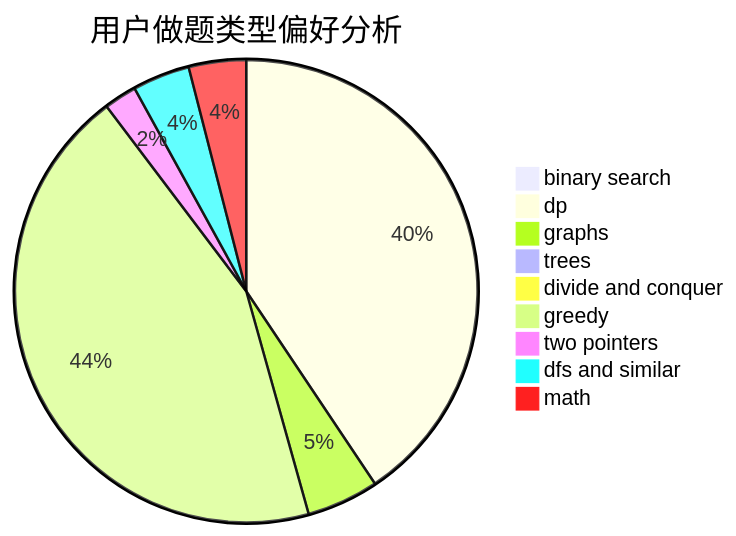
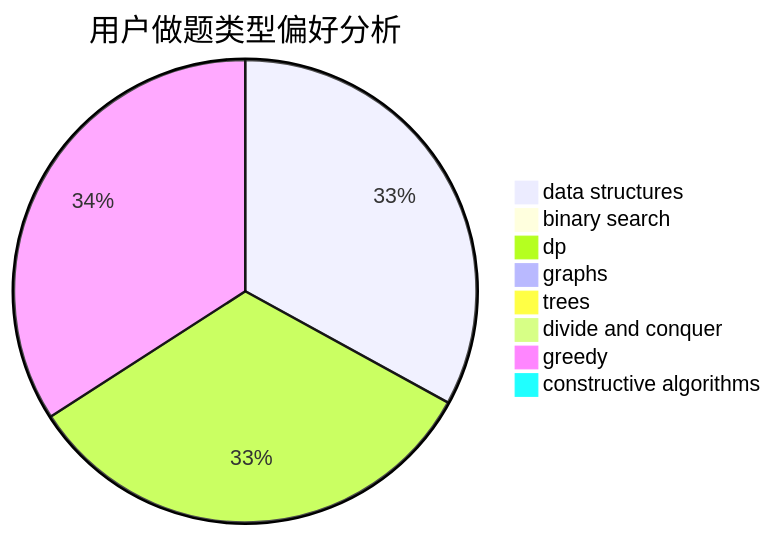
Before and after one commit to sherpahu/cfrs.github.io: the second of 3 diagrams in docs/user/u504.md, drawn with Mermaid. The commit also changed other lines of this file and 2775 other files, not shown here.

````diff
--- a/docs/user/u504.md
+++ b/docs/user/u504.md
@@ -23,12 +23,11 @@
 ```mermaid
 pie title 用户做题类型偏好分析
-    "binary search" :  6
-    "dp" :  355
-    "graphs" :  44
+    "data structures" :  354
+    "binary search" :  0
+    "dp" :  353
+    "graphs" :  7
     "trees" :  0
-    "divide and conquer" :  1
-    "greedy" :  385
-    "two pointers" :  20
-    "dfs and similar" :  35
-    "math" :  35
+    "divide and conquer" :  0
+    "greedy" :  366
+    "constructive algorithms" :  0
 ```
````
